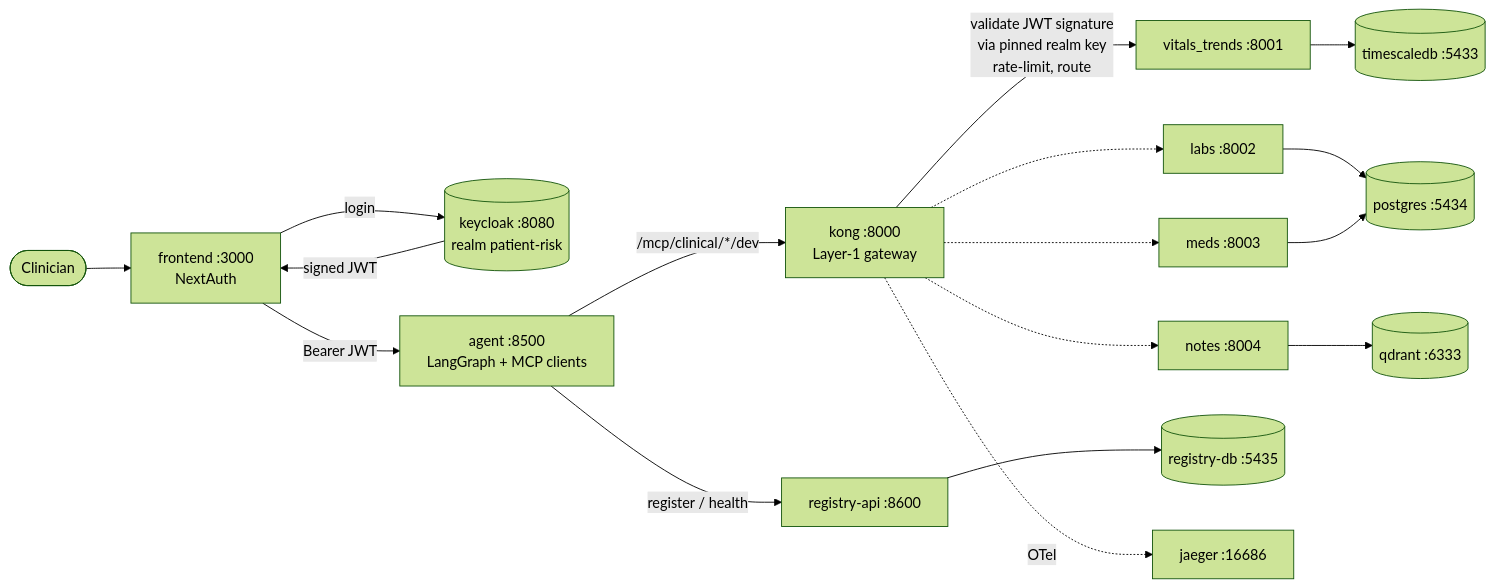
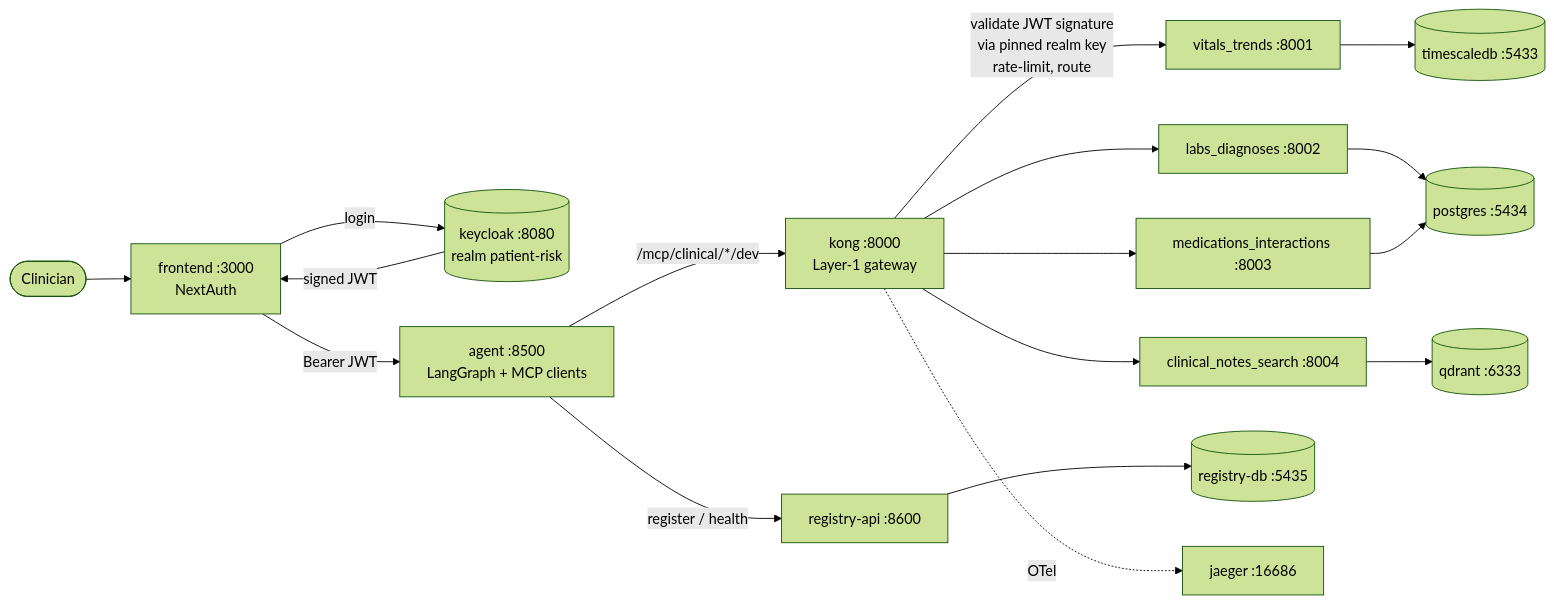
The diagram in docs/INFRASTRUCTURE.md (aakash-p-s/MCP-Data-Factory), drawn with Mermaid (forest theme) before and after one commit. The commit also changed other lines of this file and 48 other files, not shown here.

````diff
--- a/docs/INFRASTRUCTURE.md
+++ b/docs/INFRASTRUCTURE.md
@@ -31,21 +33,21 @@
 ```mermaid
 flowchart LR
     U([Clinician]) --> FE[frontend :3000<br/>NextAuth]
     FE -->|login| KC[(keycloak :8080<br/>realm patient-risk)]
     KC -->|signed JWT| FE
     FE -->|Bearer JWT| AG[agent :8500<br/>LangGraph + MCP clients]
     AG -->|/mcp/clinical/*/dev| KONG[kong :8000<br/>Layer-1 gateway]
 
     KONG -->|validate JWT signature<br/>via pinned realm key<br/>rate-limit, route| V[vitals_trends :8001]
-    KONG -.-> L[labs :8002]
-    KONG -.-> M[meds :8003]
-    KONG -.-> N[notes :8004]
+    KONG --> L[labs_diagnoses :8002]
+    KONG --> M[medications_interactions :8003]
+    KONG --> N[clinical_notes_search :8004]
 
     V --> TS[(timescaledb :5433)]
     L --> PG[(postgres :5434)]
     M --> PG
     N --> QD[(qdrant :6333)]
 
     AG -->|register / health| RA[registry-api :8600] --> RDB[(registry-db :5435)]
     KONG -.OTel.-> J[jaeger :16686]
 ```
````
